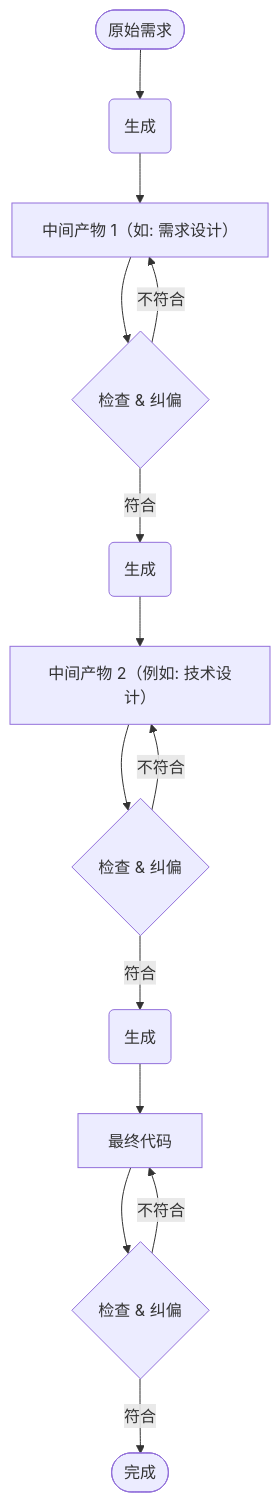
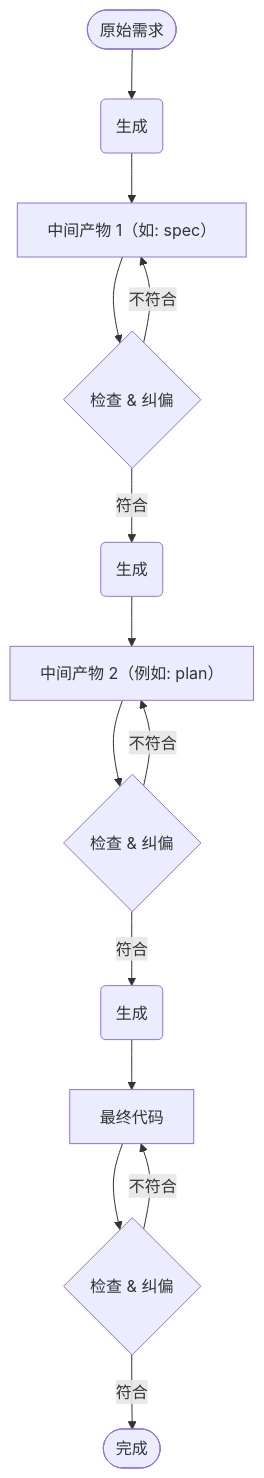
The diagram in ai/ai-dev/ai-dev-exp-2025.md (tiltwind/note-md), drawn with Mermaid before and after one commit. The commit also changed other lines of this file, not shown here.

````diff
--- a/ai/ai-dev/ai-dev-exp-2025.md
+++ b/ai/ai-dev/ai-dev-exp-2025.md
@@ -37,21 +56,21 @@
 ```mermaid
 flowchart TD
     Requirement([原始需求]) --> Process1(生成)
-    Process1 --> Artifact1[中间产物 1（如: 需求设计）]
+    Process1 --> Artifact1[中间产物 1（如: spec）]
     
     Artifact1 --> Check1{检查 & 纠偏}
     Check1 -- 不符合 --> Artifact1
     Check1 -- 符合 --> Process2(生成)
     
-    Process2 --> Artifact2[中间产物 2（例如: 技术设计）]
+    Process2 --> Artifact2[中间产物 2（例如: plan）]
     
     Artifact2 --> Check2{检查 & 纠偏}
     Check2 -- 不符合 --> Artifact2
     Check2 -- 符合 --> Process3(生成)
     
     Process3 --> Code[最终代码]
     
     Code --> CheckCode{检查 & 纠偏}
     CheckCode -- 不符合 --> Code
     CheckCode -- 符合 --> Finish([完成])
 ```
````
